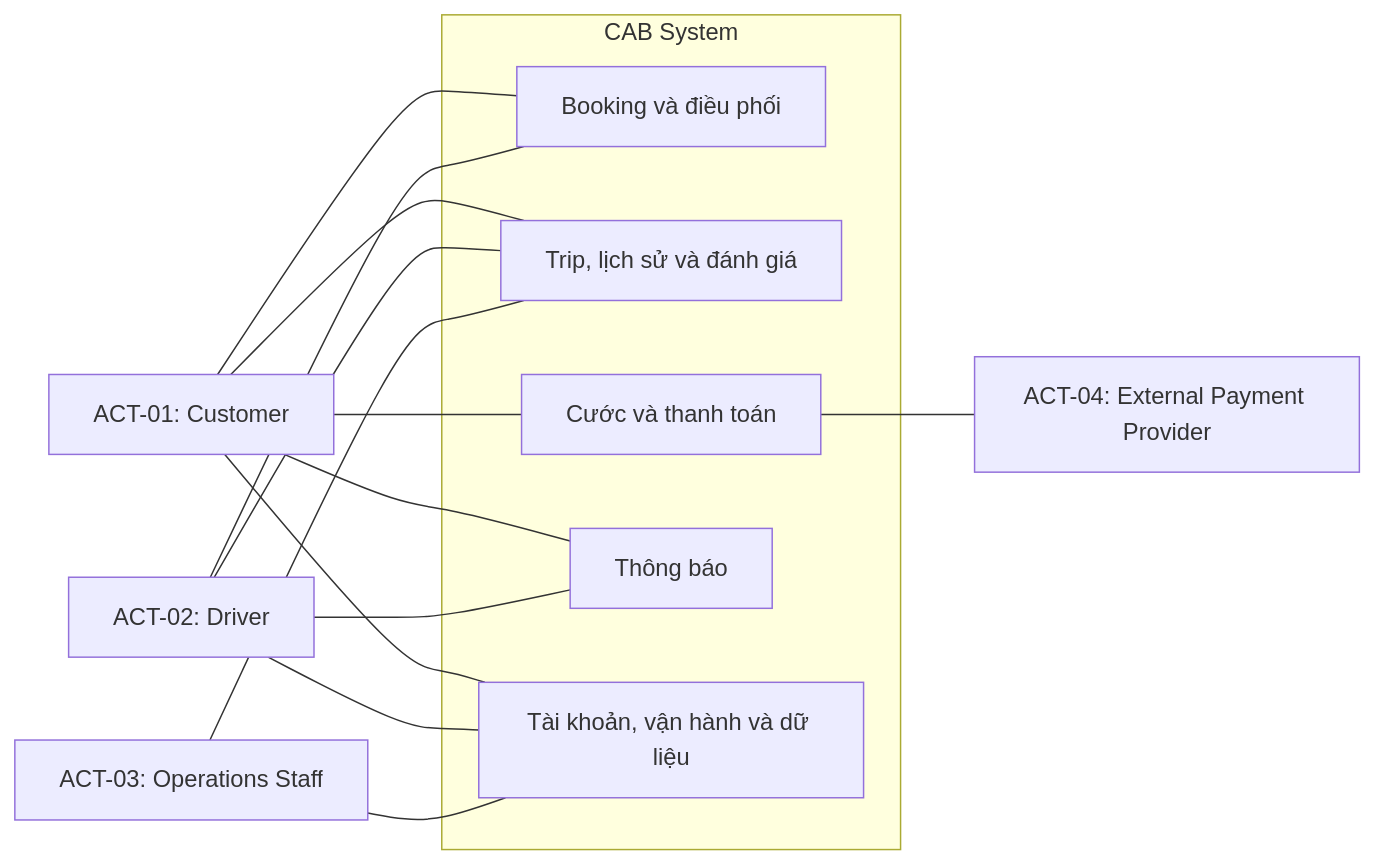
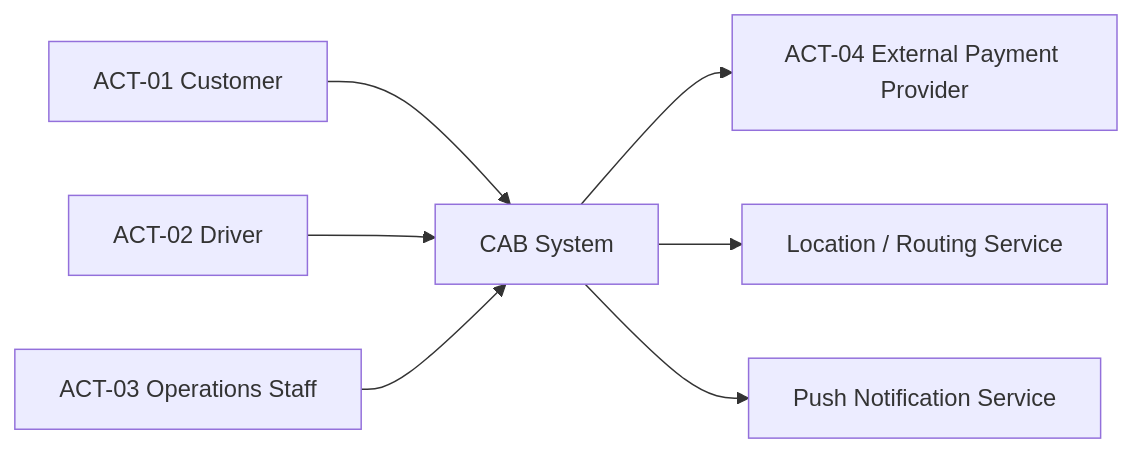
Before and after one commit to anhviplay/23637151_NguyenTuanAnh_CABSYSTEMS: the third of 7 diagrams in srs.md, drawn with Mermaid. The commit also changed other lines of this file and 42 other files, not shown here.

Commit message:
Update complete CAB System documentation

````diff
--- a/srs.md
+++ b/srs.md
@@ -197,26 +229,9 @@
 ```mermaid
 flowchart LR
-    C["ACT-01: Customer"]
-    D["ACT-02: Driver"]
-    O["ACT-03: Operations Staff"]
-    P["ACT-04: External Payment Provider"]
-    subgraph CAB["CAB System"]
-        B["Booking và điều phối"]
-        T["Trip, lịch sử và đánh giá"]
-        M["Cước và thanh toán"]
-        N["Thông báo"]
-        A["Tài khoản, vận hành và dữ liệu"]
-    end
-    C --- B
-    C --- T
-    C --- M
-    C --- N
-    C --- A
-    D --- B
-    D --- T
-    D --- N
-    D --- A
-    O --- A
-    O --- T
-    M --- P
+    C["ACT-01 Customer"] --> CAB["CAB System"]
+    D["ACT-02 Driver"] --> CAB
+    O["ACT-03 Operations Staff"] --> CAB
+    CAB --> P["ACT-04 External Payment Provider"]
+    CAB --> M["Location / Routing Service"]
+    CAB --> N["Push Notification Service"]
 ```
````
